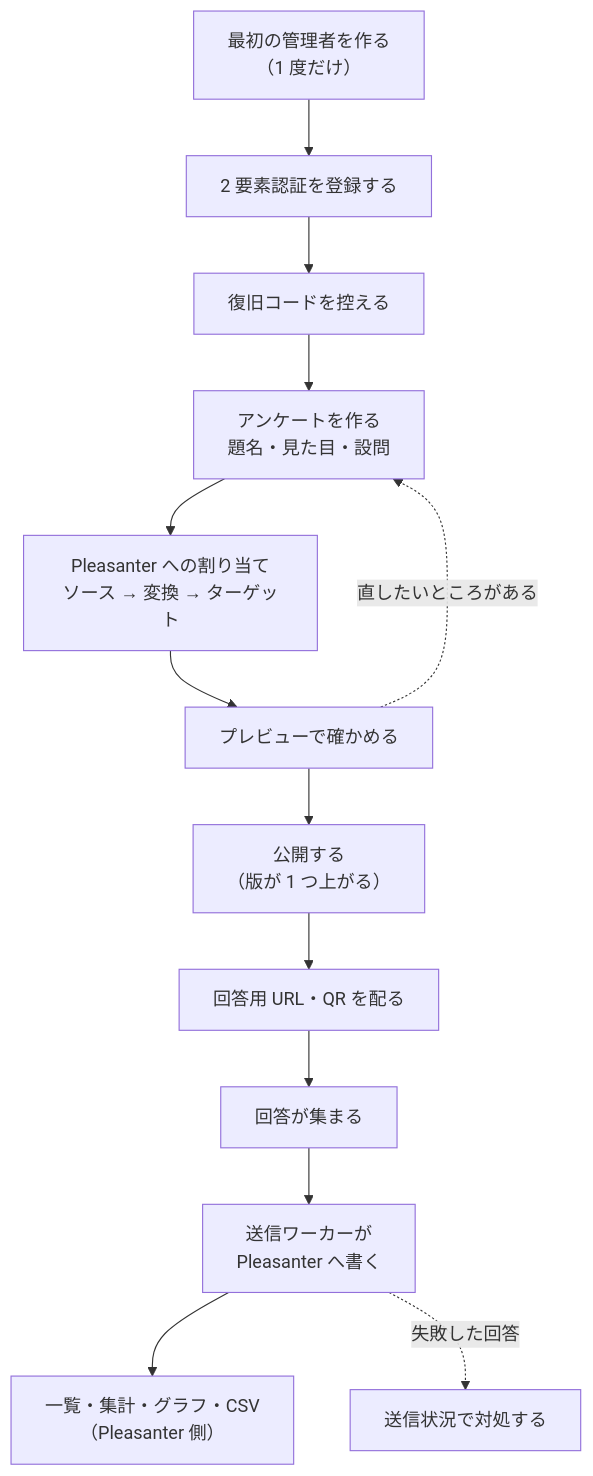
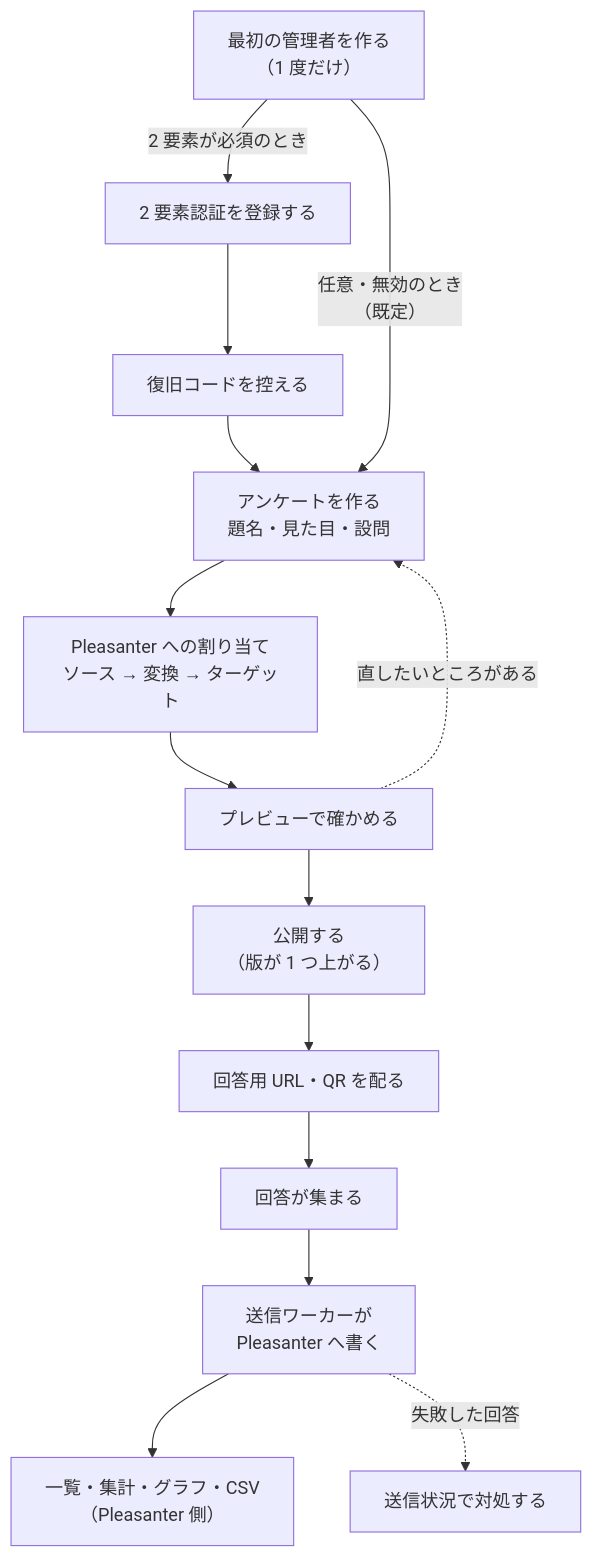
Before and after one commit to vehiclevisionjp/VehicleVision.PleasanterTools.Questionnaire: the first of 2 diagrams in _documents/アンケート作成-運用手順書.md, drawn with Mermaid. The commit also changed other lines of this file and 1 other file, not shown here.

````diff
--- a/_documents/アンケート作成-運用手順書.md
+++ b/_documents/アンケート作成-運用手順書.md
@@ -28,15 +28,16 @@
 ```mermaid
 flowchart TD
-    A["最初の管理者を作る<br/>（1 度だけ）"] --> B["2 要素認証を登録する"]
+    A["最初の管理者を作る<br/>（1 度だけ）"] -->|2 要素が必須のとき| B["2 要素認証を登録する"]
     B --> C["復旧コードを控える"]
     C --> D["アンケートを作る<br/>題名・見た目・設問"]
+    A -->|任意・無効のとき<br/>（既定）| D
     D --> E["Pleasanter への割り当て<br/>ソース → 変換 → ターゲット"]
     E --> F["プレビューで確かめる"]
     F --> G["公開する<br/>（版が 1 つ上がる）"]
     G --> H["回答用 URL・QR を配る"]
     H --> I["回答が集まる"]
     I --> J["送信ワーカーが<br/>Pleasanter へ書く"]
     J --> K["一覧・集計・グラフ・CSV<br/>（Pleasanter 側）"]
     F -.->|直したいところがある| D
     J -.->|失敗した回答| L["送信状況で対処する"]
 ```
````
